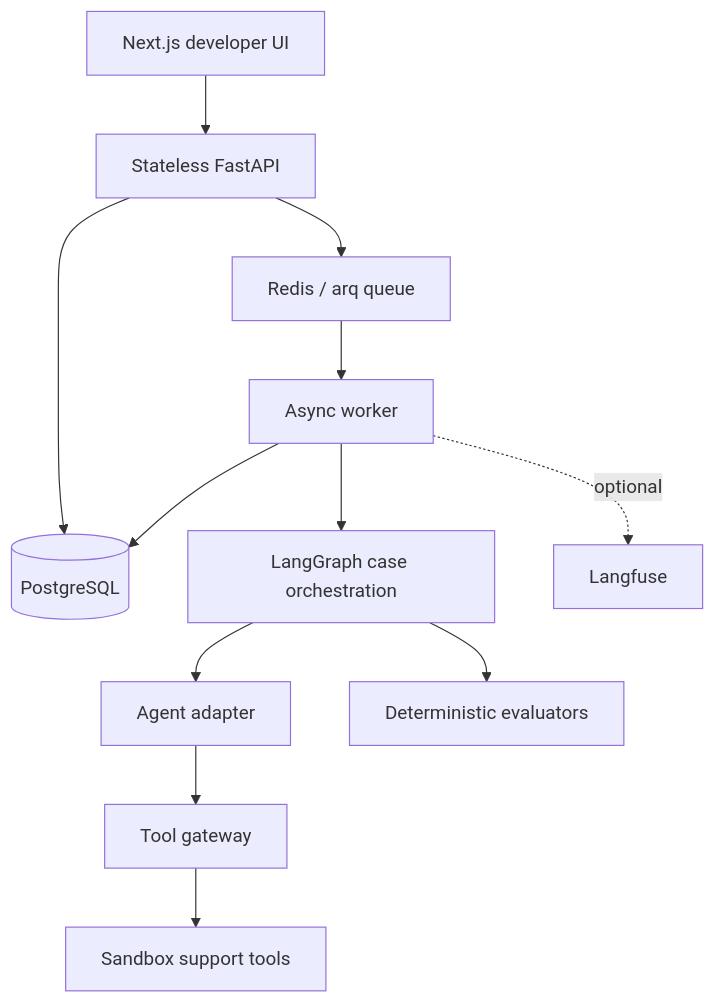
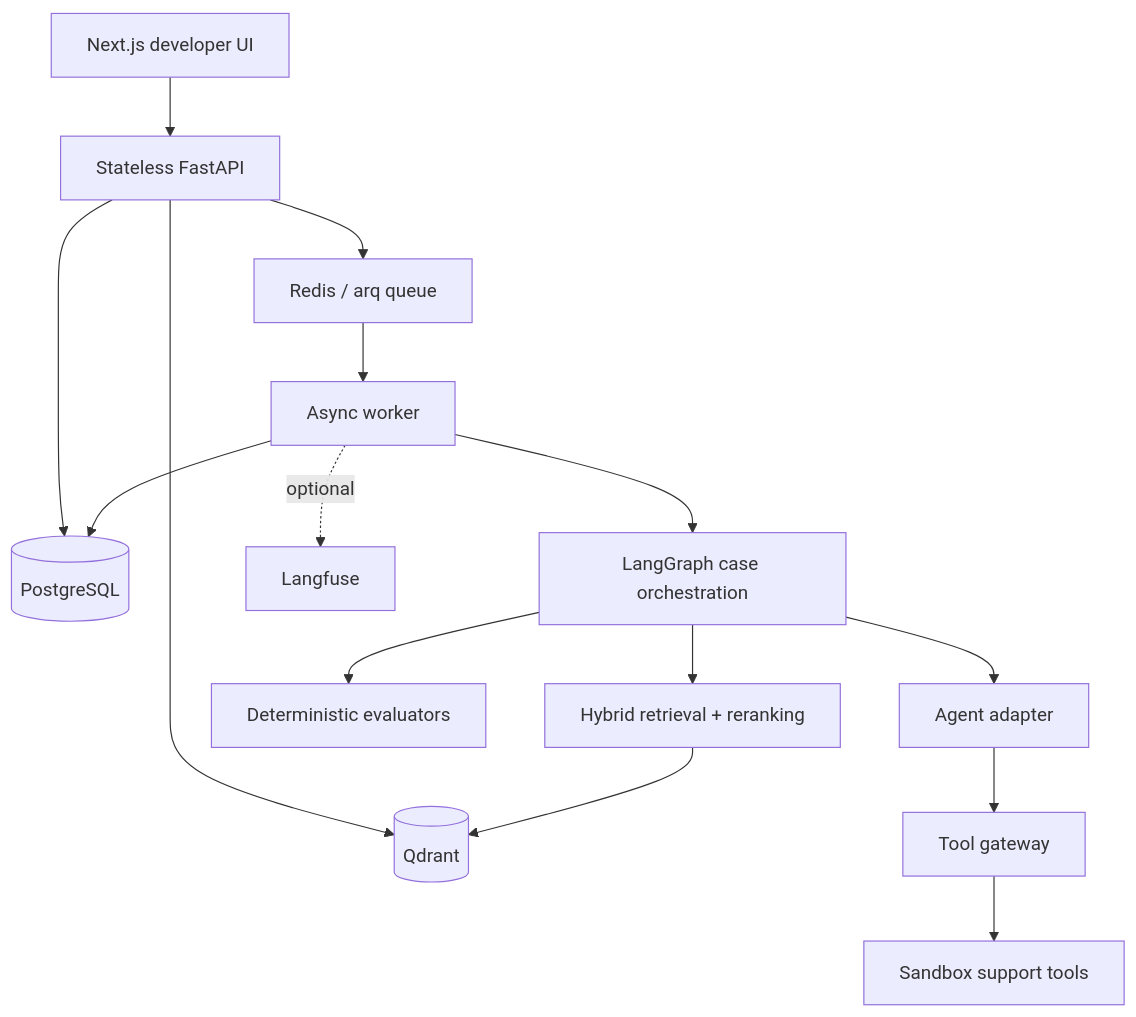
Before and after one commit to ertematakavaz03/axiom-guardrail: the diagram in README.md, drawn with Mermaid. The commit also changed other lines of this file and 72 other files, not shown here.

````diff
--- a/README.md
+++ b/README.md
@@ -28,14 +40,17 @@
 ```mermaid
 flowchart TD
     UI["Next.js developer UI"] --> API["Stateless FastAPI"]
     API --> DB[(PostgreSQL)]
+    API --> VDB[(Qdrant)]
     API --> Q["Redis / arq queue"]
     Q --> W["Async worker"]
     W --> LG["LangGraph case orchestration"]
     LG --> AD["Agent adapter"]
     LG --> EV["Deterministic evaluators"]
+    LG --> RET["Hybrid retrieval + reranking"]
+    RET --> VDB
     AD --> TG["Tool gateway"]
     TG --> ST["Sandbox support tools"]
     W --> DB
     W -. optional .-> LF["Langfuse"]
 ```
````
